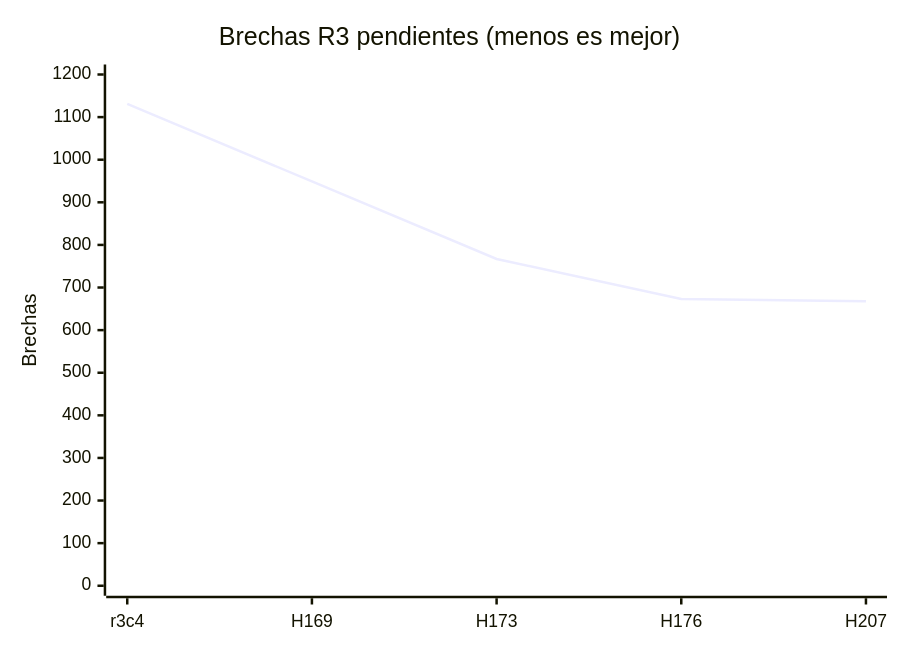
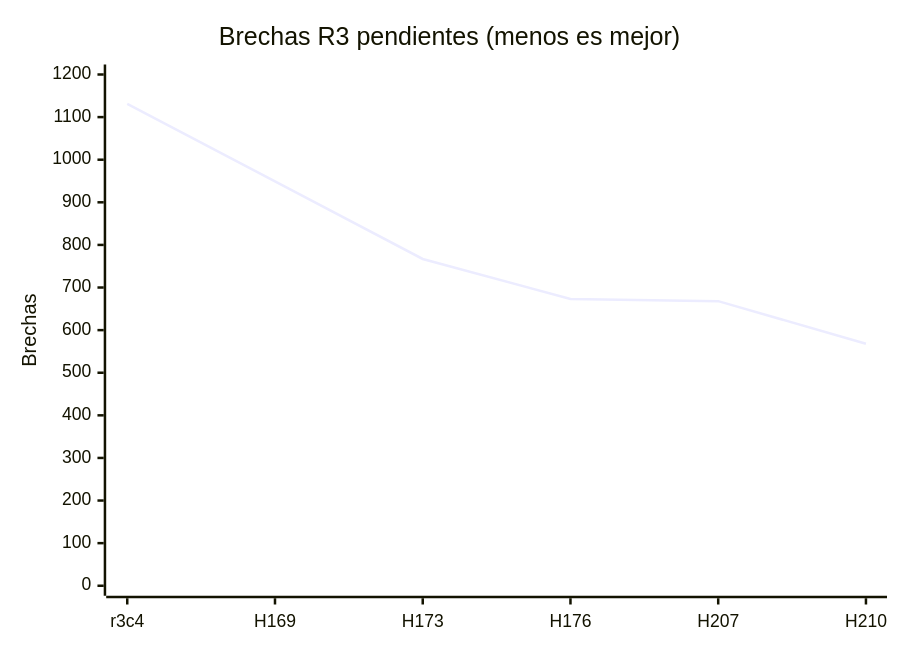
One commit to jmbigi/thinker changed the first of 2 diagrams in README.md. Above: the diagram before and after it, drawn with Mermaid. The commit also changed other lines of this file and 7 other files, not shown here.

````diff
--- a/README.md
+++ b/README.md
@@ -401,7 +401,7 @@
 ```mermaid
 xychart-beta
     title "Brechas R3 pendientes (menos es mejor)"
-    x-axis ["r3c4", "H169", "H173", "H176", "H207"]
+    x-axis ["r3c4", "H169", "H173", "H176", "H207", "H210"]
     y-axis "Brechas" 0 --> 1200
-    line [1131, 949, 767, 673, 668]
+    line [1131, 949, 767, 673, 668, 568]
 ```
````
